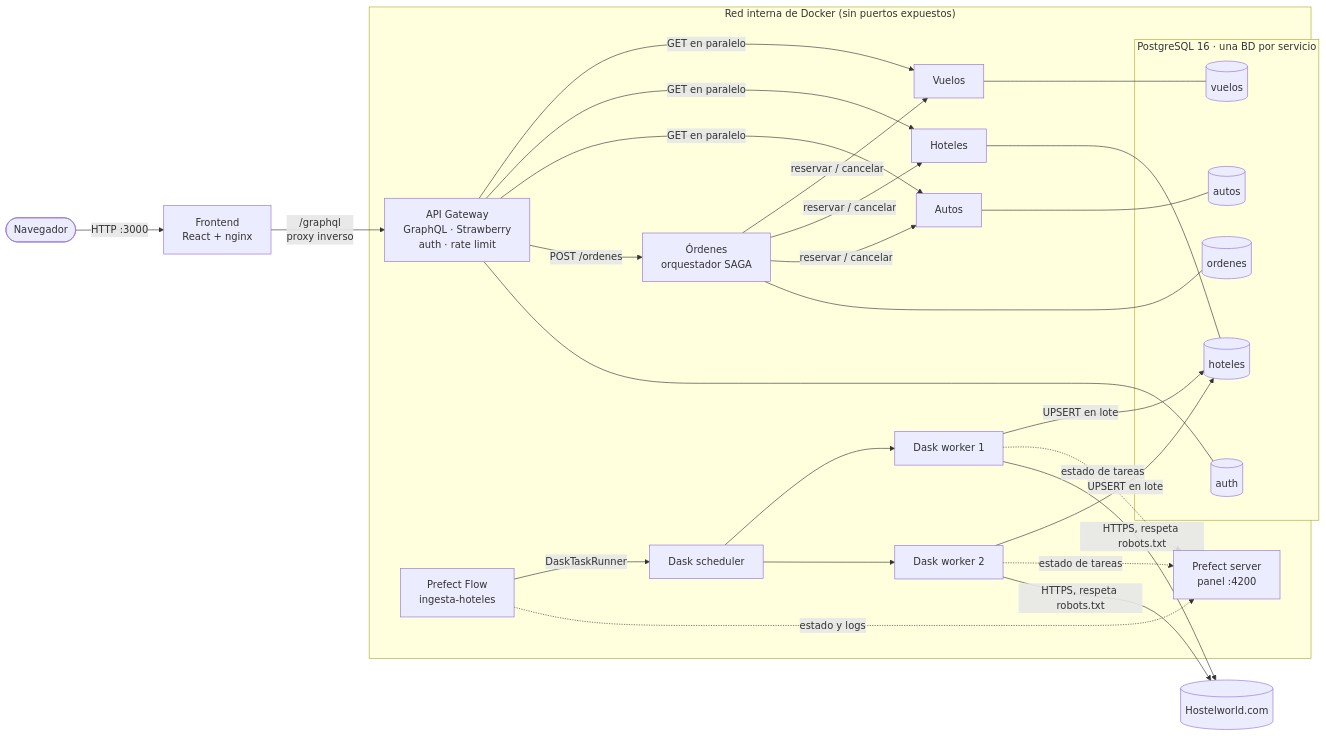
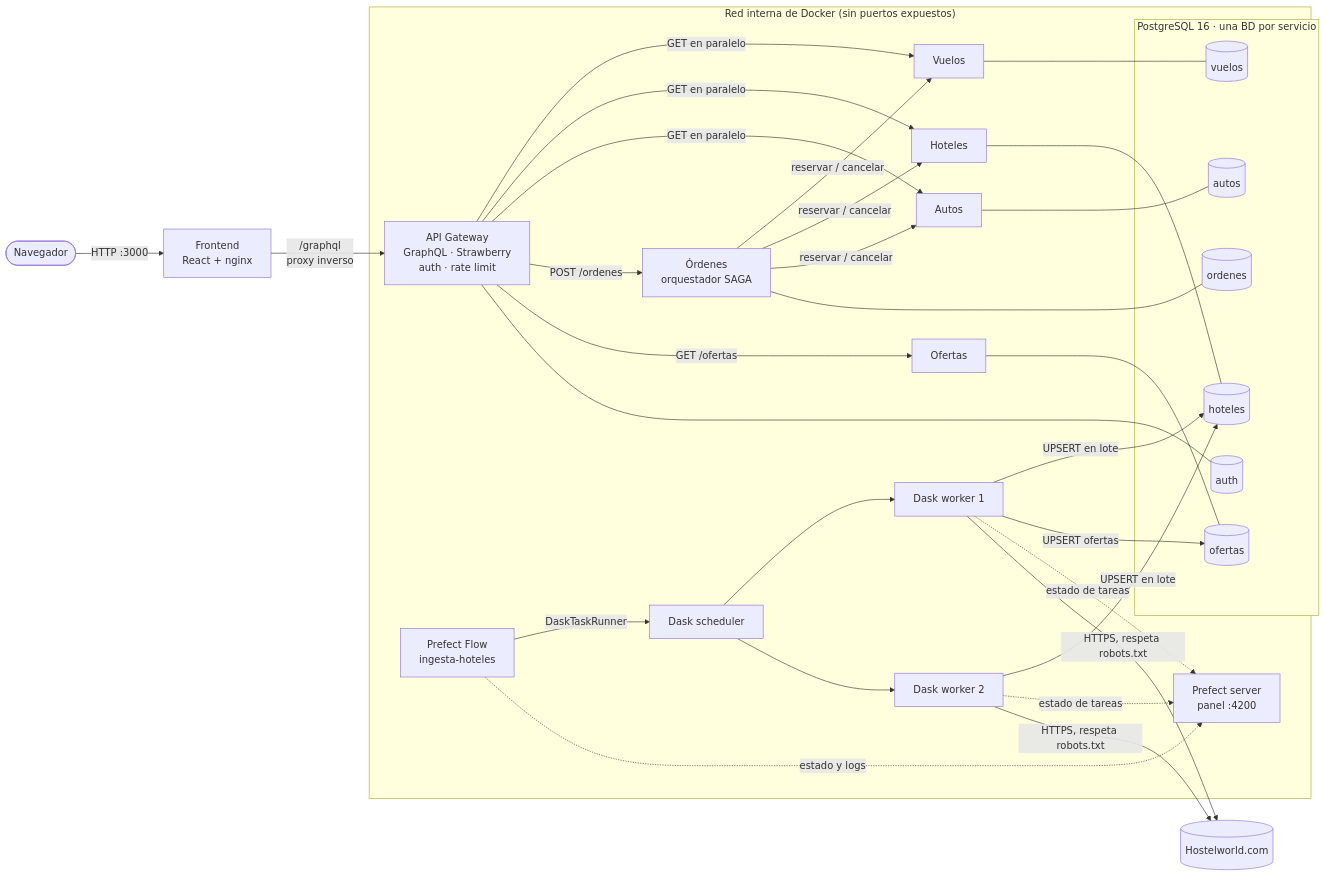
The first of 7 diagrams in docs/documento-tecnico.md (Yuly2222/Parcial2Patrones---WanderSync-Travel-Solutions), drawn with Mermaid before and after one commit. The commit also changed other lines of this file and 40 other files, not shown here.

````diff
--- a/docs/documento-tecnico.md
+++ b/docs/documento-tecnico.md
@@ -92,41 +92,45 @@
 ```mermaid
 flowchart LR
     U([Navegador]) -->|HTTP :3000| FE["Frontend<br/>React + nginx"]
     FE -->|/graphql<br/>proxy inverso| GW["API Gateway<br/>GraphQL · Strawberry<br/>auth · rate limit"]
 
     subgraph red["Red interna de Docker (sin puertos expuestos)"]
         GW -->|GET en paralelo| V[Vuelos]
         GW -->|GET en paralelo| H[Hoteles]
         GW -->|GET en paralelo| A[Autos]
         GW -->|POST /ordenes| O["Órdenes<br/>orquestador SAGA"]
+        GW -->|GET /ofertas| OF[Ofertas]
         O -->|reservar / cancelar| V
         O -->|reservar / cancelar| H
         O -->|reservar / cancelar| A
 
         subgraph pg["PostgreSQL 16 · una BD por servicio"]
             DV[(vuelos)]
             DH[(hoteles)]
             DA[(autos)]
             DO[(ordenes)]
             DU[(auth)]
+            DOF[(ofertas)]
         end
         V --- DV
         H --- DH
         A --- DA
         O --- DO
         GW --- DU
+        OF --- DOF
 
         PF["Prefect Flow<br/>ingesta-hoteles"] -->|DaskTaskRunner| DS[Dask scheduler]
         DS --> W1[Dask worker 1]
         DS --> W2[Dask worker 2]
         W1 -->|UPSERT en lote| DH
         W2 -->|UPSERT en lote| DH
+        W1 -->|UPSERT ofertas| DOF
         PS["Prefect server<br/>panel :4200"]
         PF -. estado y logs .-> PS
         W1 -. estado de tareas .-> PS
         W2 -. estado de tareas .-> PS
     end
 
     W1 -->|HTTPS, respeta robots.txt| HW[(Hostelworld.com)]
     W2 -->|HTTPS, respeta robots.txt| HW
 ```
````
